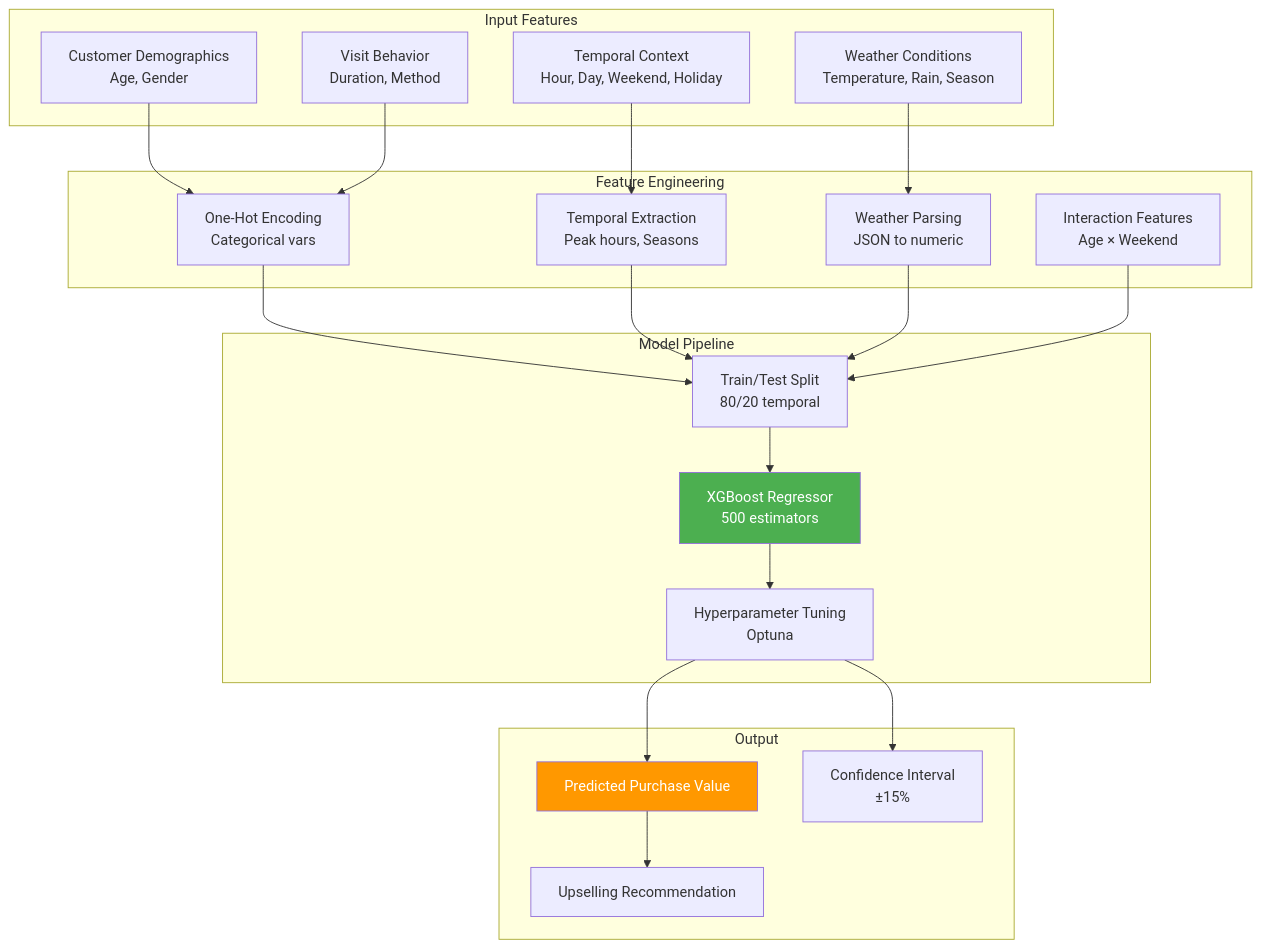
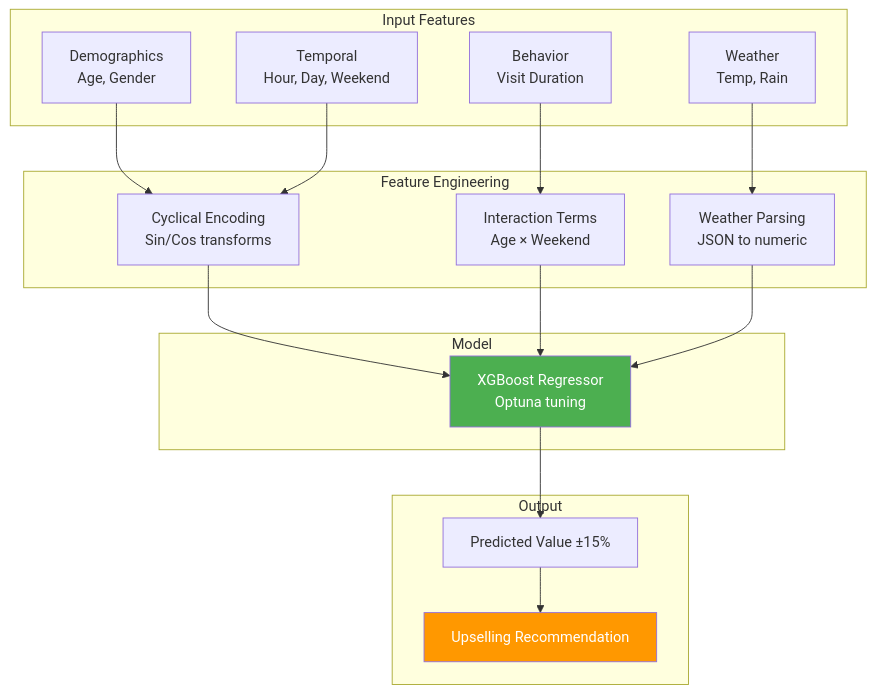
Before and after one commit to interview-tasks/Inforotor_AI_developer: the fifth of 12 diagrams in README.md, drawn with Mermaid. The commit also changed other lines of this file, not shown here.

````diff
--- a/README.md
+++ b/README.md
@@ -417,48 +223,39 @@
 ```mermaid
 graph TB
     subgraph "Input Features"
-        A1[Customer Demographics<br/>Age, Gender]
-        A2[Temporal Context<br/>Hour, Day, Weekend, Holiday]
-        A3[Weather Conditions<br/>Temperature, Rain, Season]
-        A4[Visit Behavior<br/>Duration, Method]
+        A1[Demographics<br/>Age, Gender]
+        A2[Temporal<br/>Hour, Day, Weekend]
+        A3[Weather<br/>Temp, Rain]
+        A4[Behavior<br/>Visit Duration]
     end
 
     subgraph "Feature Engineering"
-        B1[One-Hot Encoding<br/>Categorical vars]
-        B2[Temporal Extraction<br/>Peak hours, Seasons]
+        B1[Cyclical Encoding<br/>Sin/Cos transforms]
+        B2[Interaction Terms<br/>Age × Weekend]
         B3[Weather Parsing<br/>JSON to numeric]
-        B4[Interaction Features<br/>Age × Weekend]
     end
 
-    subgraph "Model Pipeline"
-        C1[Train/Test Split<br/>80/20 temporal]
-        C2[XGBoost Regressor<br/>500 estimators]
-        C3[Hyperparameter Tuning<br/>Optuna]
+    subgraph "Model"
+        C[XGBoost Regressor<br/>Optuna tuning]
     end
 
     subgraph "Output"
-        D1[Predicted Purchase Value]
-        D2[Confidence Interval<br/>±15%]
-        D3[Upselling Recommendation]
+        D1[Predicted Value ±15%]
+        D2[Upselling Recommendation]
     end
 
     A1 --> B1
-    A2 --> B2
+    A2 --> B1
     A3 --> B3
-    A4 --> B1
+    A4 --> B2
 
-    B1 --> C1
-    B2 --> C1
-    B3 --> C1
-    B4 --> C1
+    B1 --> C
+    B2 --> C
+    B3 --> C
 
-    C1 --> C2
-    C2 --> C3
+    C --> D1
+    D1 --> D2
 
-    C3 --> D1
-    C3 --> D2
-    D1 --> D3
-
-    style C2 fill:#4CAF50,color:#fff
-    style D1 fill:#FF9800,color:#fff
+    style C fill:#4CAF50,color:#fff
+    style D2 fill:#FF9800,color:#fff
 ```
````
